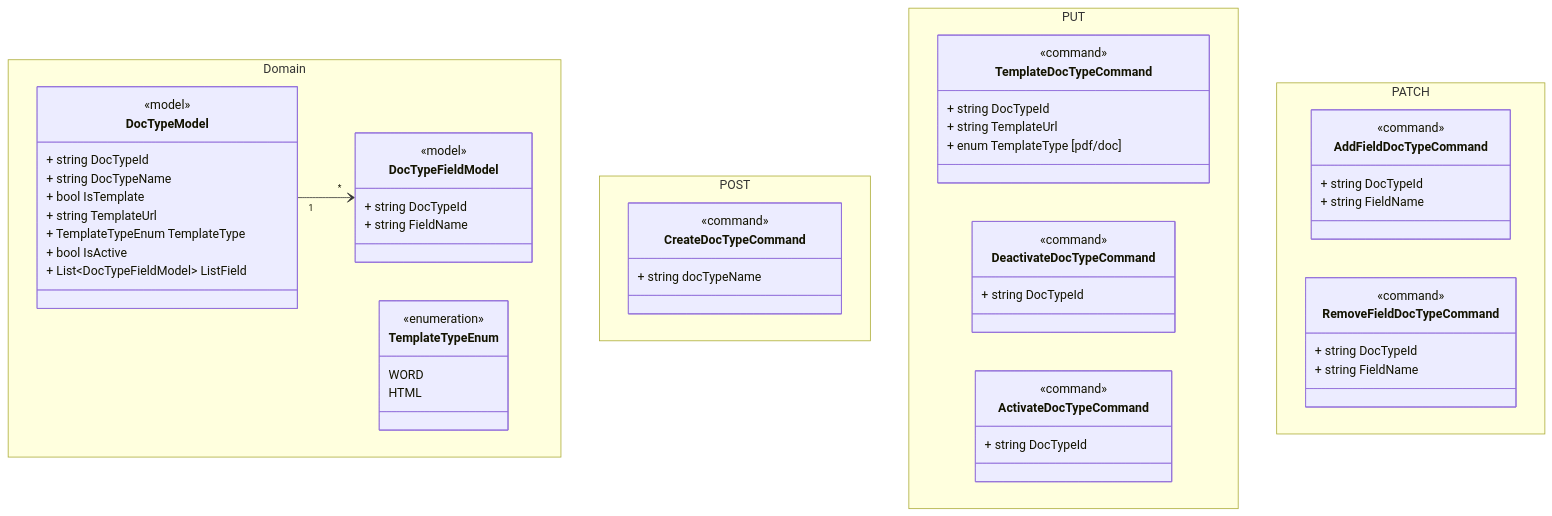
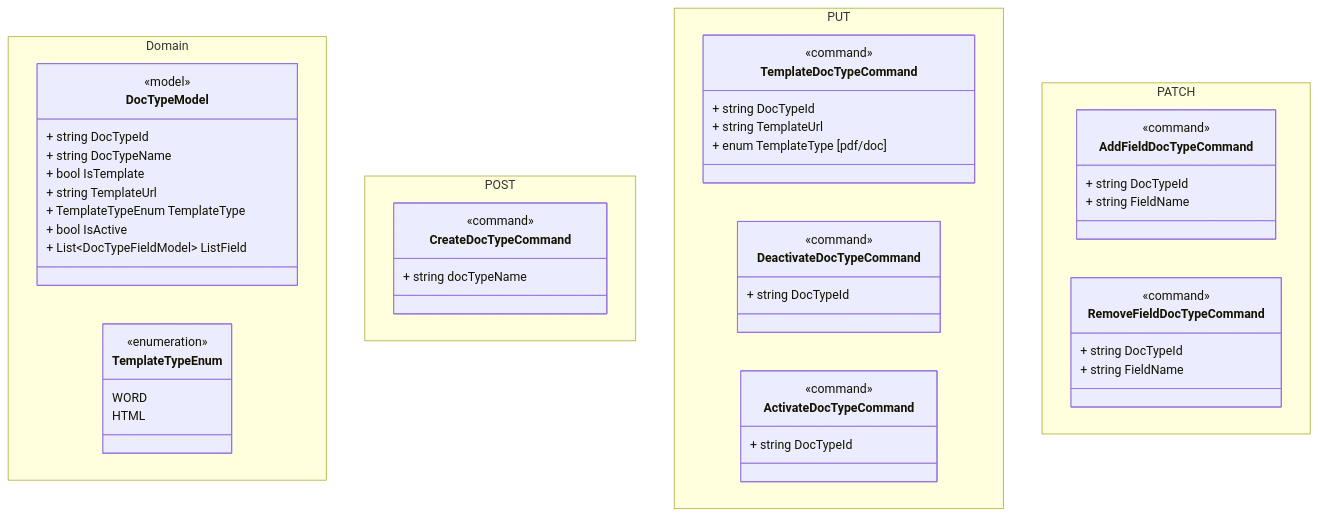
The diagram in docs/agg-1-doctype-model.mmd (smart-ics/b005-ofta-api), drawn with Mermaid before and after one commit. The commit also changed 2 other files, not shown here.

Commit message:
Re-Writing Spec DocType

```diff
--- a/docs/agg-1-doctype-model.mmd
+++ b/docs/agg-1-doctype-model.mmd
@@ -1,65 +1,58 @@
 classDiagram
 	namespace Domain {
 		class DocTypeModel{
 			<<model>>
 			+ string DocTypeId
 			+ string DocTypeName
 			+ bool IsTemplate
 			+ string TemplateUrl
 			+ TemplateTypeEnum TemplateType
 			+ bool IsActive
 			+ List~DocTypeFieldModel~ ListField
 		}
 
-		class DocTypeFieldModel{
-			<<model>>
-			+ string DocTypeId
-			+ string FieldName
-		}
-
 		class TemplateTypeEnum{
 			<<enumeration>>
 			WORD
 			HTML
 		}
 	}
-	DocTypeModel "1" --> "*" DocTypeFieldModel
 
 	namespace POST {
 		class CreateDocTypeCommand{
 			<<command>>
 			+ string docTypeName
 		}
 	}
 
 	namespace PUT {
 		class TemplateDocTypeCommand{
 			<<command>>
 			+ string DocTypeId
 			+ string TemplateUrl
 			+ enum TemplateType [pdf/doc]
 		}
 		class DeactivateDocTypeCommand{
 			<<command>>
 			+ string DocTypeId
 		}
 		class ActivateDocTypeCommand{
 			<<command>>
 			+ string DocTypeId
 		}
 	}
 
 	namespace PATCH{
 		class AddFieldDocTypeCommand{
 			<<command>>
 			+ string DocTypeId
 			+ string FieldName
 		}
 		class RemoveFieldDocTypeCommand{
 			<<command>>
 			+ string DocTypeId
 			+ string FieldName
 		}
 	}
 
 	DocTypeModel
```
